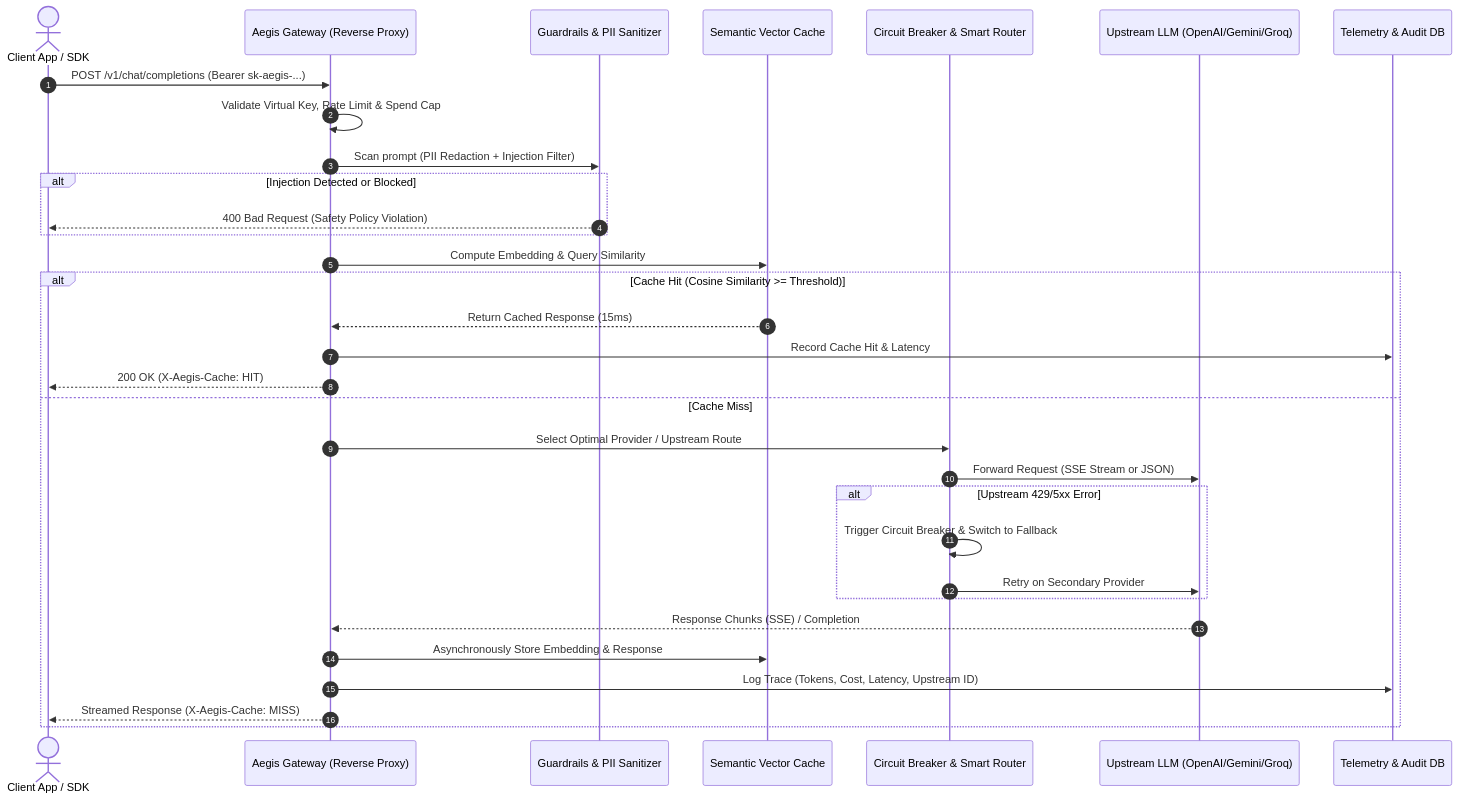
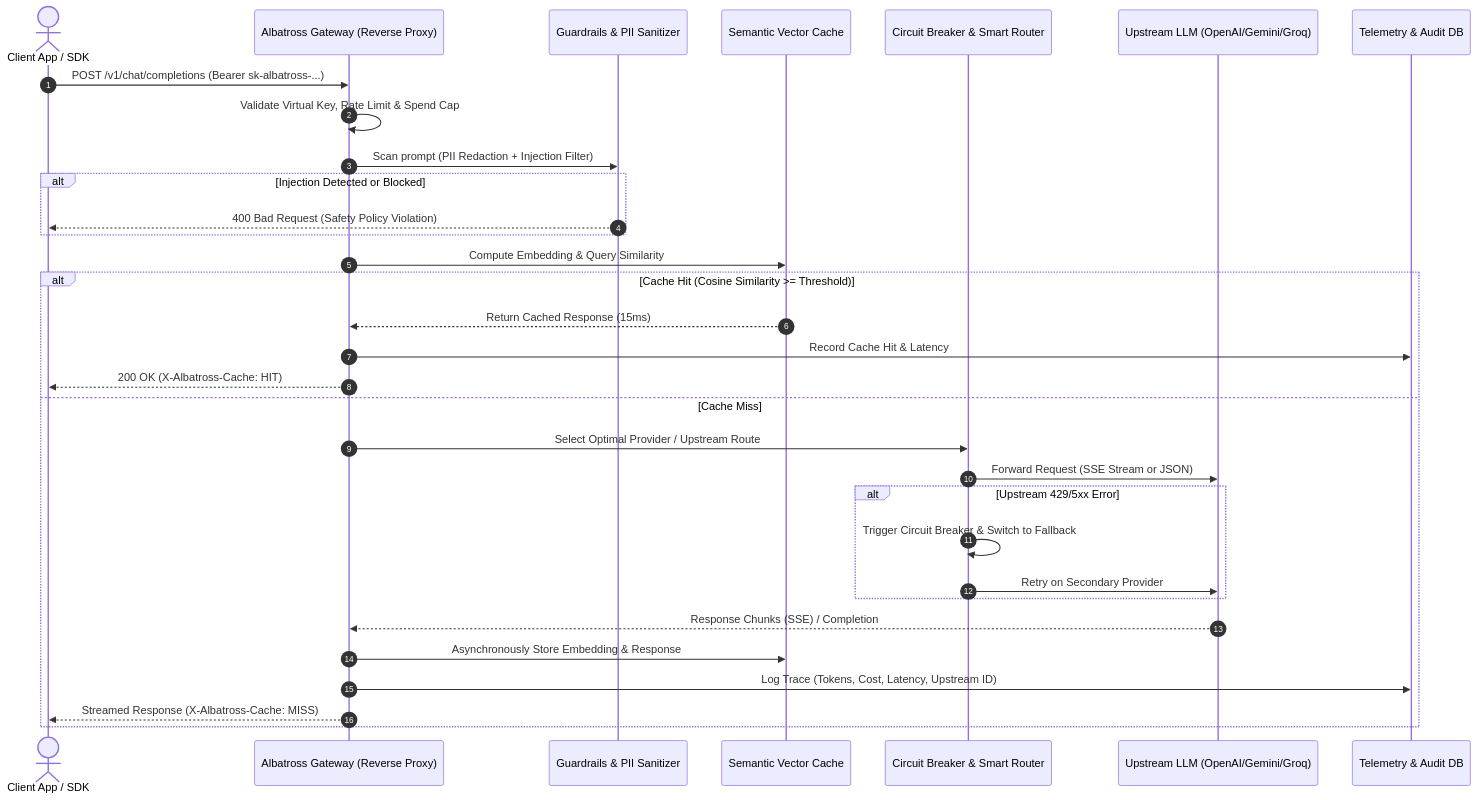
Before and after one commit to vhmns14/albatross-gateway: the diagram in PRD.md, drawn with Mermaid. The commit also changed other lines of this file and 15 other files, not shown here.

Commit message:
chore: rename project to Albatross AI Gateway

````diff
--- a/PRD.md
+++ b/PRD.md
@@ -30,35 +30,35 @@
 ```mermaid
 sequenceDiagram
     autonumber
     actor Client as Client App / SDK
-    participant GW as Aegis Gateway (Reverse Proxy)
+    participant GW as Albatross Gateway (Reverse Proxy)
     participant Guard as Guardrails & PII Sanitizer
     participant Cache as Semantic Vector Cache
     participant Router as Circuit Breaker & Smart Router
     participant Upstream as Upstream LLM (OpenAI/Gemini/Groq)
     participant Telemetry as Telemetry & Audit DB
 
-    Client->>GW: POST /v1/chat/completions (Bearer sk-aegis-...)
+    Client->>GW: POST /v1/chat/completions (Bearer sk-albatross-...)
     GW->>GW: Validate Virtual Key, Rate Limit & Spend Cap
     GW->>Guard: Scan prompt (PII Redaction + Injection Filter)
     alt Injection Detected or Blocked
         Guard-->>Client: 400 Bad Request (Safety Policy Violation)
     end
     GW->>Cache: Compute Embedding & Query Similarity
     alt Cache Hit (Cosine Similarity >= Threshold)
         Cache-->>GW: Return Cached Response (15ms)
         GW->>Telemetry: Record Cache Hit & Latency
-        GW-->>Client: 200 OK (X-Aegis-Cache: HIT)
+        GW-->>Client: 200 OK (X-Albatross-Cache: HIT)
     else Cache Miss
         GW->>Router: Select Optimal Provider / Upstream Route
         Router->>Upstream: Forward Request (SSE Stream or JSON)
         alt Upstream 429/5xx Error
             Router->>Router: Trigger Circuit Breaker & Switch to Fallback
             Router->>Upstream: Retry on Secondary Provider
         end
         Upstream-->>GW: Response Chunks (SSE) / Completion
         GW->>Cache: Asynchronously Store Embedding & Response
         GW->>Telemetry: Log Trace (Tokens, Cost, Latency, Upstream ID)
-        GW-->>Client: Streamed Response (X-Aegis-Cache: MISS)
+        GW-->>Client: Streamed Response (X-Albatross-Cache: MISS)
     end
 ```
````
